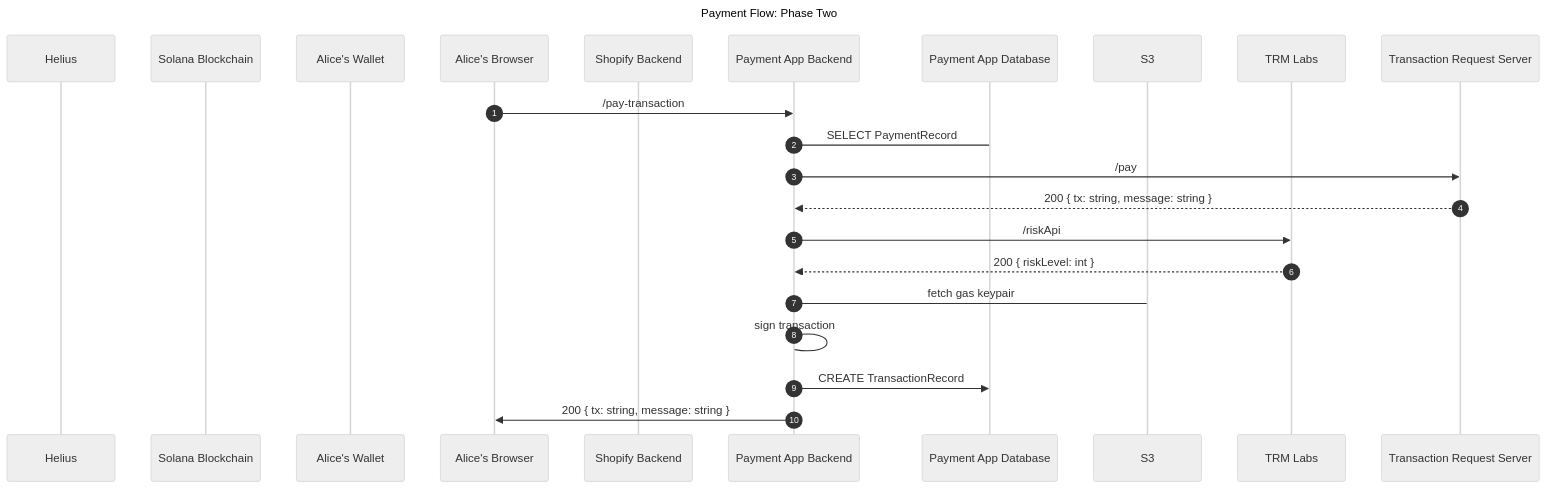
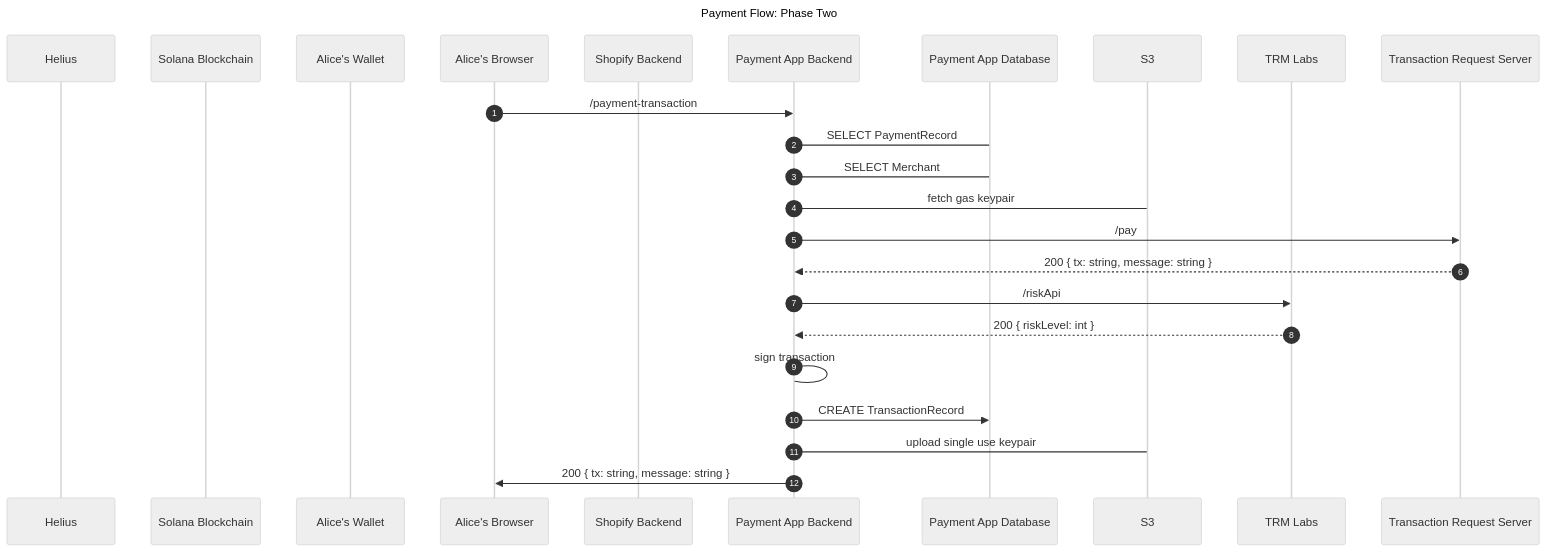
One commit to Tru3Bliss/solana-modern-pay changed the second of 7 diagrams in system-design/README.md. Above: the diagram before and after it, drawn with Mermaid (neutral theme). The commit also changed other lines of this file, not shown here.

First line of the commit message:
Tj/sys design flow updates (#76)

````diff
--- a/system-design/README.md
+++ b/system-design/README.md
@@ -51,25 +53,27 @@
 ```mermaid
 sequenceDiagram
     title Payment Flow: Phase Two
     autonumber
     participant Helius
     participant Solana as Solana Blockchain
     participant Wallet as Alice's Wallet
     participant Alice as Alice's Browser
     participant SHOP as Shopify Backend
     participant BACKEND as Payment App Backend
     participant DATABASE as Payment App Database
     participant S3
     participant TRM as TRM Labs
     participant TRS as Transaction Request Server
-    Alice->>BACKEND: /pay-transaction
+    Alice->>BACKEND: /payment-transaction
     BACKEND->DATABASE: SELECT PaymentRecord
+    BACKEND->DATABASE: SELECT Merchant
+    BACKEND->S3: fetch gas keypair
     BACKEND->>TRS: /pay
     TRS-->>BACKEND: 200 { tx: string, message: string }
     BACKEND->>TRM: /riskApi
     TRM-->>BACKEND: 200 { riskLevel: int }
-    BACKEND->S3: fetch gas keypair
     BACKEND->BACKEND: sign transaction
     BACKEND->>DATABASE: CREATE TransactionRecord
+    BACKEND->S3: upload single use keypair
     BACKEND->>Alice: 200 { tx: string, message: string }
 ```
````
